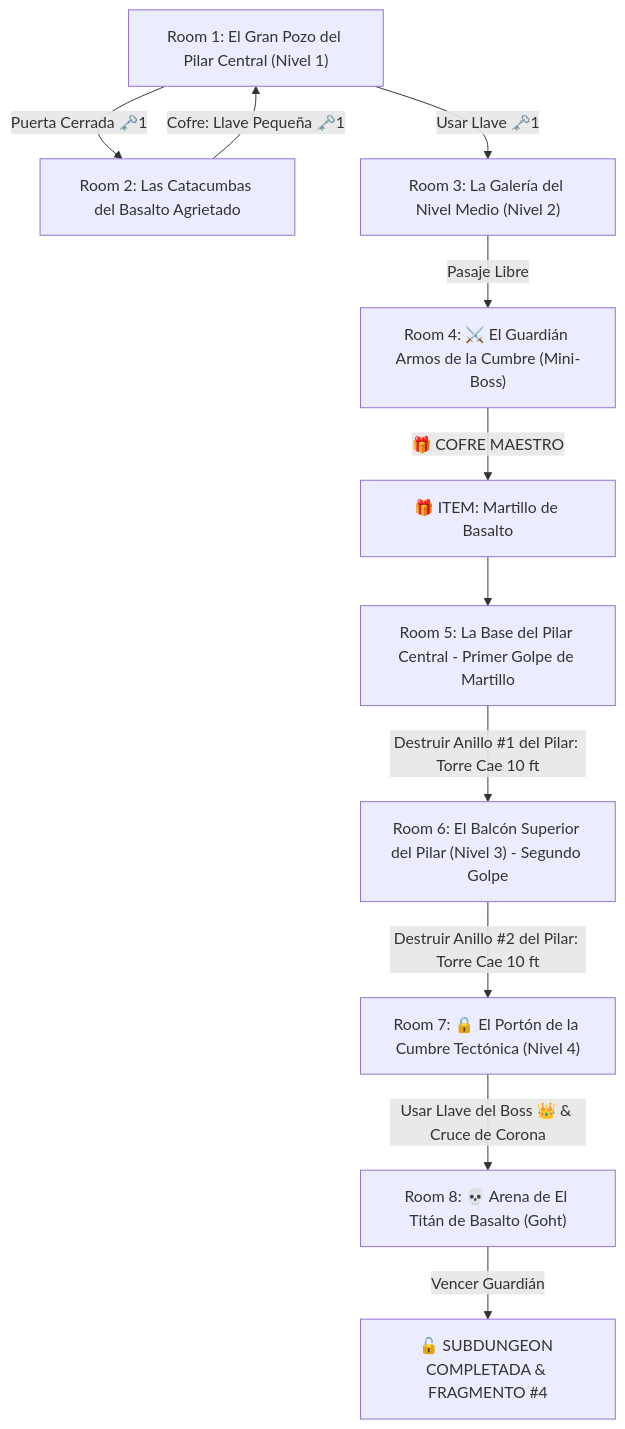
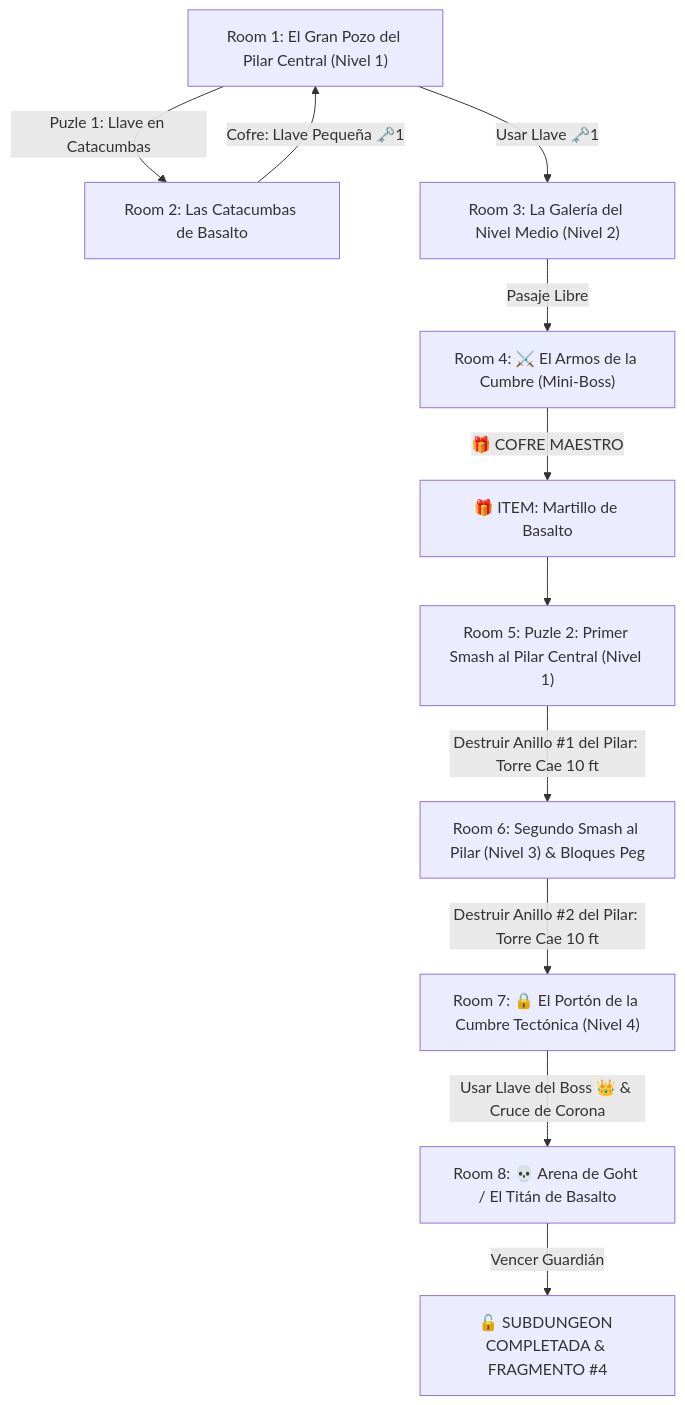
Before and after one commit to linkmati/ShivathLyss: the diagram in 7 - DM/OneShots/ARepeat/Subdungeons/04_Subdungeon_Tierra_Dominio.md, drawn with Mermaid. The commit also changed other lines of this file and 22 other files, not shown here.

````diff
--- a/7 - DM/OneShots/ARepeat/Subdungeons/04_Subdungeon_Tierra_Dominio.md
+++ b/7 - DM/OneShots/ARepeat/Subdungeons/04_Subdungeon_Tierra_Dominio.md
@@ -15,14 +14,14 @@
 ```mermaid
 graph TD
-    S1["Room 1: El Gran Pozo del Pilar Central (Nivel 1)"] -->|Puerta Cerrada 🗝️1| S2["Room 2: Las Catacumbas del Basalto Agrietado"]
+    S1["Room 1: El Gran Pozo del Pilar Central (Nivel 1)"] -->|Puzle 1: Llave en Catacumbas| S2["Room 2: Las Catacumbas de Basalto"]
     S2 -->|Cofre: Llave Pequeña 🗝️1| S1
     S1 -->|Usar Llave 🗝️1| S3["Room 3: La Galería del Nivel Medio (Nivel 2)"]
-    S3 -->|Pasaje Libre| S4["Room 4: ⚔️ El Guardián Armos de la Cumbre (Mini-Boss)"]
+    S3 -->|Pasaje Libre| S4["Room 4: ⚔️ El Armos de la Cumbre (Mini-Boss)"]
     S4 -->|🎁 COFRE MAESTRO| Item["🎁 ITEM: Martillo de Basalto"]
     
-    Item --> S5["Room 5: La Base del Pilar Central - Primer Golpe de Martillo"]
-    S5 -->|Destruir Anillo #1 del Pilar: Torre Cae 10 ft| S6["Room 6: El Balcón Superior del Pilar (Nivel 3) - Segundo Golpe"]
+    Item --> S5["Room 5: Puzle 2: Primer Smash al Pilar Central (Nivel 1)"]
+    S5 -->|Destruir Anillo #1 del Pilar: Torre Cae 10 ft| S6["Room 6: Segundo Smash al Pilar (Nivel 3) & Bloques Peg"]
     S6 -->|Destruir Anillo #2 del Pilar: Torre Cae 10 ft| S7["Room 7: 🔒 El Portón de la Cumbre Tectónica (Nivel 4)"]
-    S7 -->|Usar Llave del Boss 👑 & Cruce de Corona| S8["Room 8: 💀 Arena de El Titán de Basalto (Goht)"]
+    S7 -->|Usar Llave del Boss 👑 & Cruce de Corona| S8["Room 8: 💀 Arena de Goht / El Titán de Basalto"]
     S8 -->|Vencer Guardián| Win["🔓 SUBDUNGEON COMPLETADA & FRAGMENTO #4"]
 ```
````
